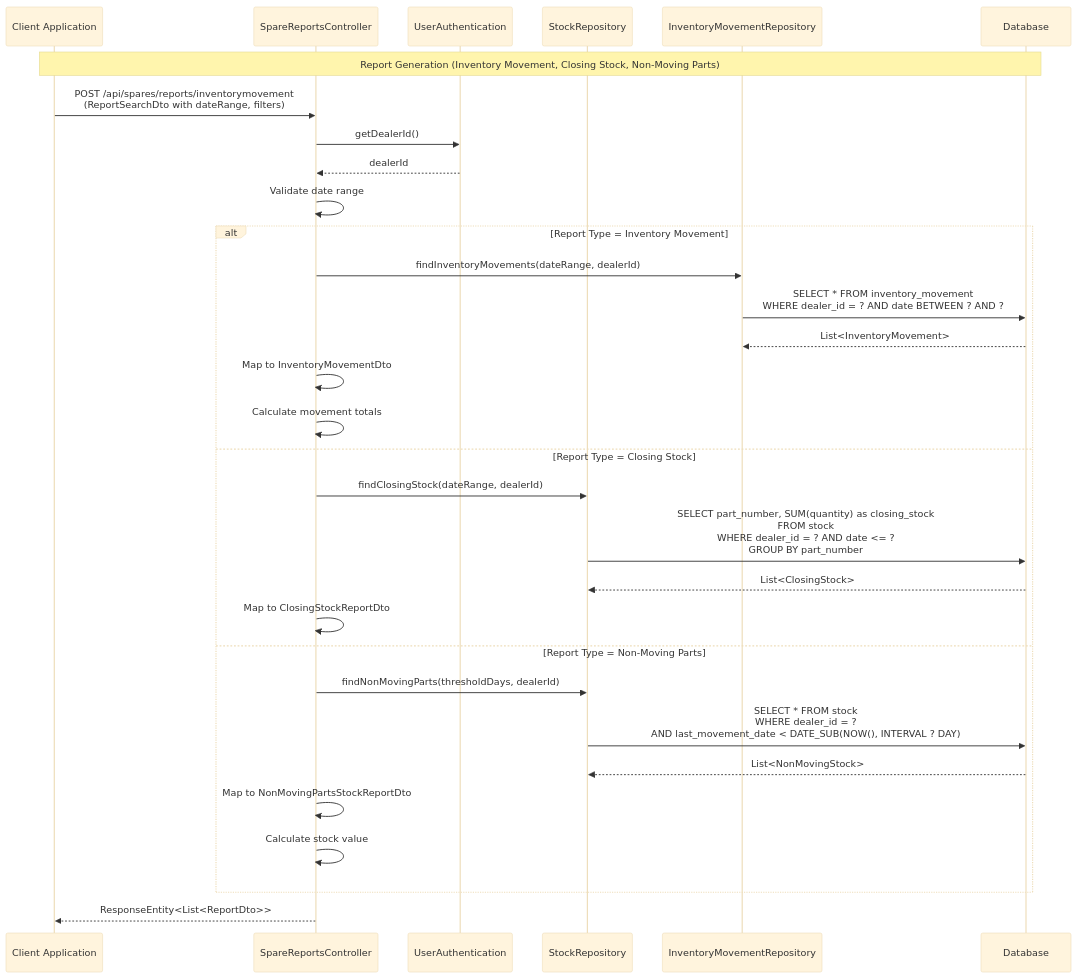
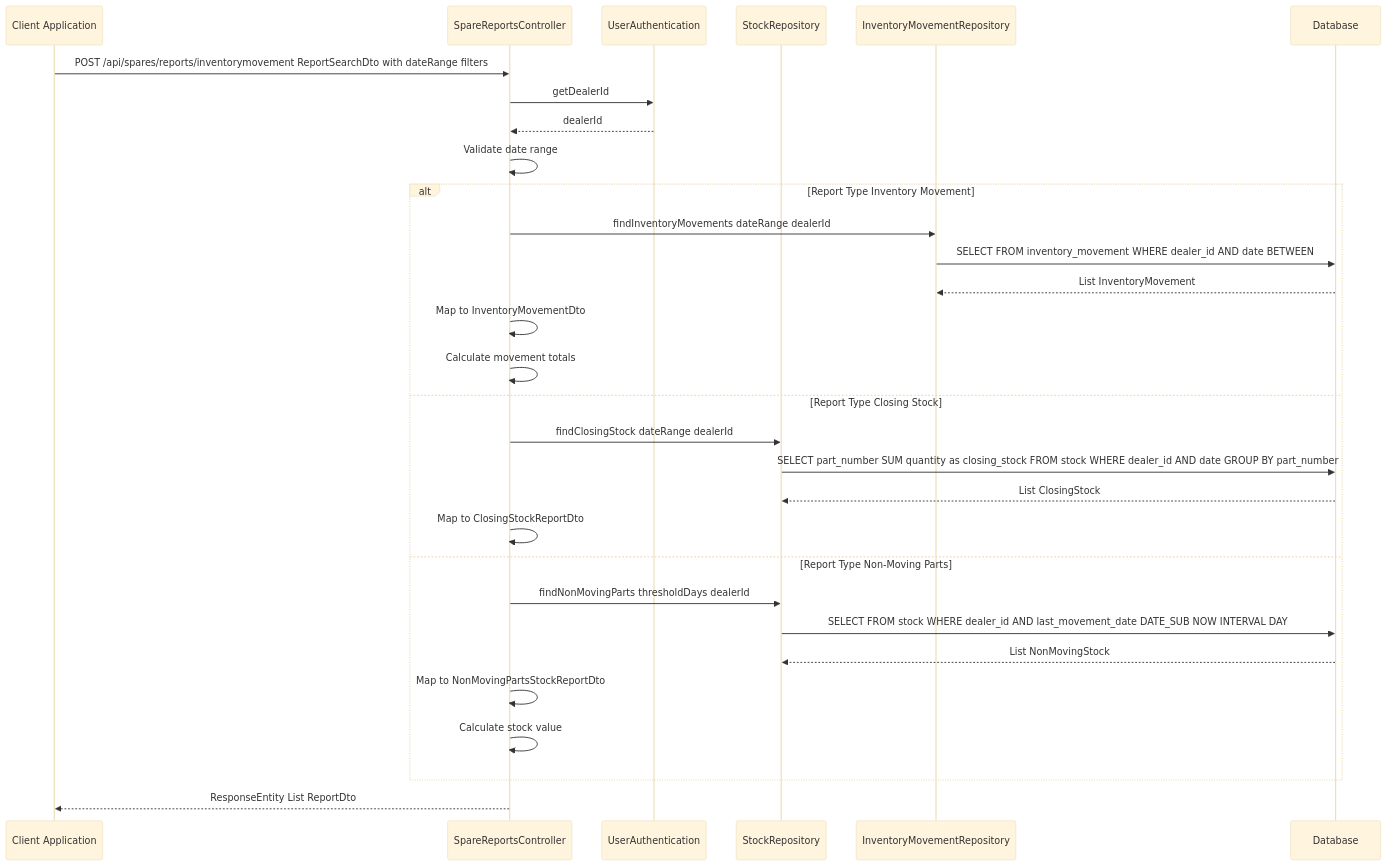
One commit to sarthak-kanungo/MyProjectITLDIS changed diagram 12 of 12 in KUBOTA/KUBOTA-BACKENED/SPARES_MODULE_SEQUENCE_DIAGRAMS.md. Above: the diagram before and after it, drawn with Mermaid (base theme). The commit also changed other lines of this file and 41 other files, not shown here.

First line of the commit message:
Refactor sequence diagrams and improve Mermaid syntax handling

````diff
--- a/KUBOTA/KUBOTA-BACKENED/SPARES_MODULE_SEQUENCE_DIAGRAMS.md
+++ b/KUBOTA/KUBOTA-BACKENED/SPARES_MODULE_SEQUENCE_DIAGRAMS.md
@@ -688,43 +685,40 @@
 ```mermaid
 sequenceDiagram
     %% Participants
     participant Client as Client Application
     participant Controller as SpareReportsController
     participant UserAuth as UserAuthentication
     participant StockRepo as StockRepository
     participant MovementRepo as InventoryMovementRepository
     participant DB as Database
 
-    %% Reports Generation Flow
-    Note over Client,DB: Report Generation (Inventory Movement, Closing Stock, Non-Moving Parts)
+    Client->>Controller: POST /api/spares/reports/inventorymovement ReportSearchDto with dateRange filters
     
-    Client->>Controller: POST /api/spares/reports/inventorymovement<br/>(ReportSearchDto with dateRange, filters)
-    
-    Controller->>UserAuth: getDealerId()
+    Controller->>UserAuth: getDealerId
     UserAuth-->>Controller: dealerId
     
     Controller->>Controller: Validate date range
     
-    alt Report Type = Inventory Movement
-        Controller->>MovementRepo: findInventoryMovements(dateRange, dealerId)
-        MovementRepo->>DB: SELECT * FROM inventory_movement<br/>WHERE dealer_id = ? AND date BETWEEN ? AND ?
-        DB-->>MovementRepo: List<InventoryMovement>
+    alt Report Type Inventory Movement
+        Controller->>MovementRepo: findInventoryMovements dateRange dealerId
+        MovementRepo->>DB: SELECT FROM inventory_movement WHERE dealer_id AND date BETWEEN
+        DB-->>MovementRepo: List InventoryMovement
         Controller->>Controller: Map to InventoryMovementDto
         Controller->>Controller: Calculate movement totals
         
-    else Report Type = Closing Stock
-        Controller->>StockRepo: findClosingStock(dateRange, dealerId)
-        StockRepo->>DB: SELECT part_number, SUM(quantity) as closing_stock<br/>FROM stock<br/>WHERE dealer_id = ? AND date <= ?<br/>GROUP BY part_number
-        DB-->>StockRepo: List<ClosingStock>
+    else Report Type Closing Stock
+        Controller->>StockRepo: findClosingStock dateRange dealerId
+        StockRepo->>DB: SELECT part_number SUM quantity as closing_stock FROM stock WHERE dealer_id AND date GROUP BY part_number
+        DB-->>StockRepo: List ClosingStock
         Controller->>Controller: Map to ClosingStockReportDto
         
-    else Report Type = Non-Moving Parts
-        Controller->>StockRepo: findNonMovingParts(thresholdDays, dealerId)
-        StockRepo->>DB: SELECT * FROM stock<br/>WHERE dealer_id = ?<br/>AND last_movement_date < DATE_SUB(NOW(), INTERVAL ? DAY)
-        DB-->>StockRepo: List<NonMovingStock>
+    else Report Type Non-Moving Parts
+        Controller->>StockRepo: findNonMovingParts thresholdDays dealerId
+        StockRepo->>DB: SELECT FROM stock WHERE dealer_id AND last_movement_date DATE_SUB NOW INTERVAL DAY
+        DB-->>StockRepo: List NonMovingStock
         Controller->>Controller: Map to NonMovingPartsStockReportDto
         Controller->>Controller: Calculate stock value
     end
     
-    Controller-->>Client: ResponseEntity<List<ReportDto>>
+    Controller-->>Client: ResponseEntity List ReportDto
 ```
````
